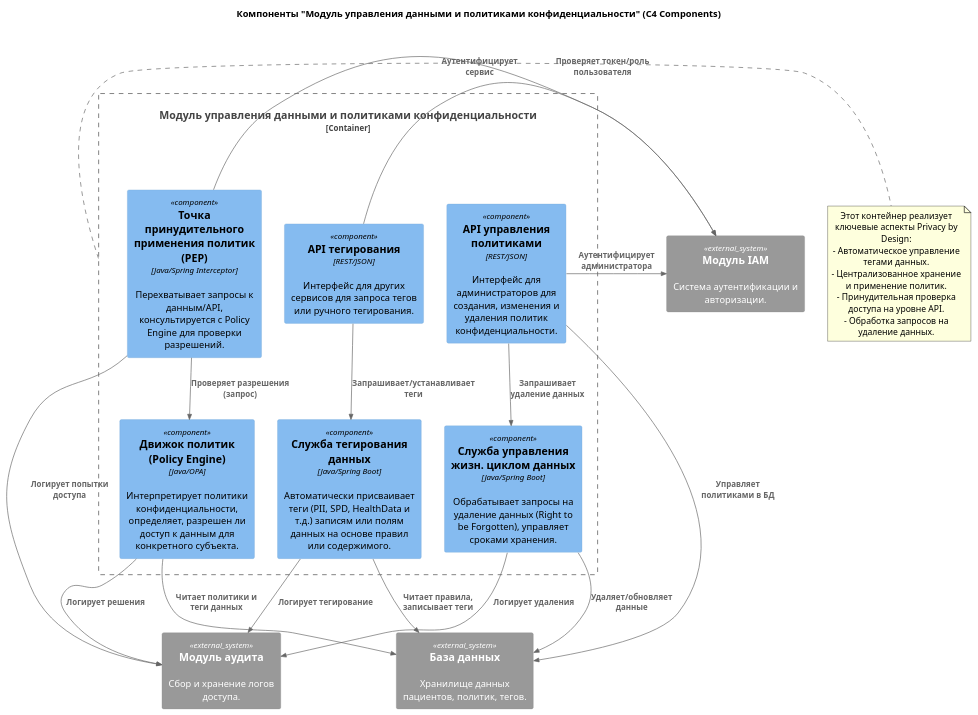
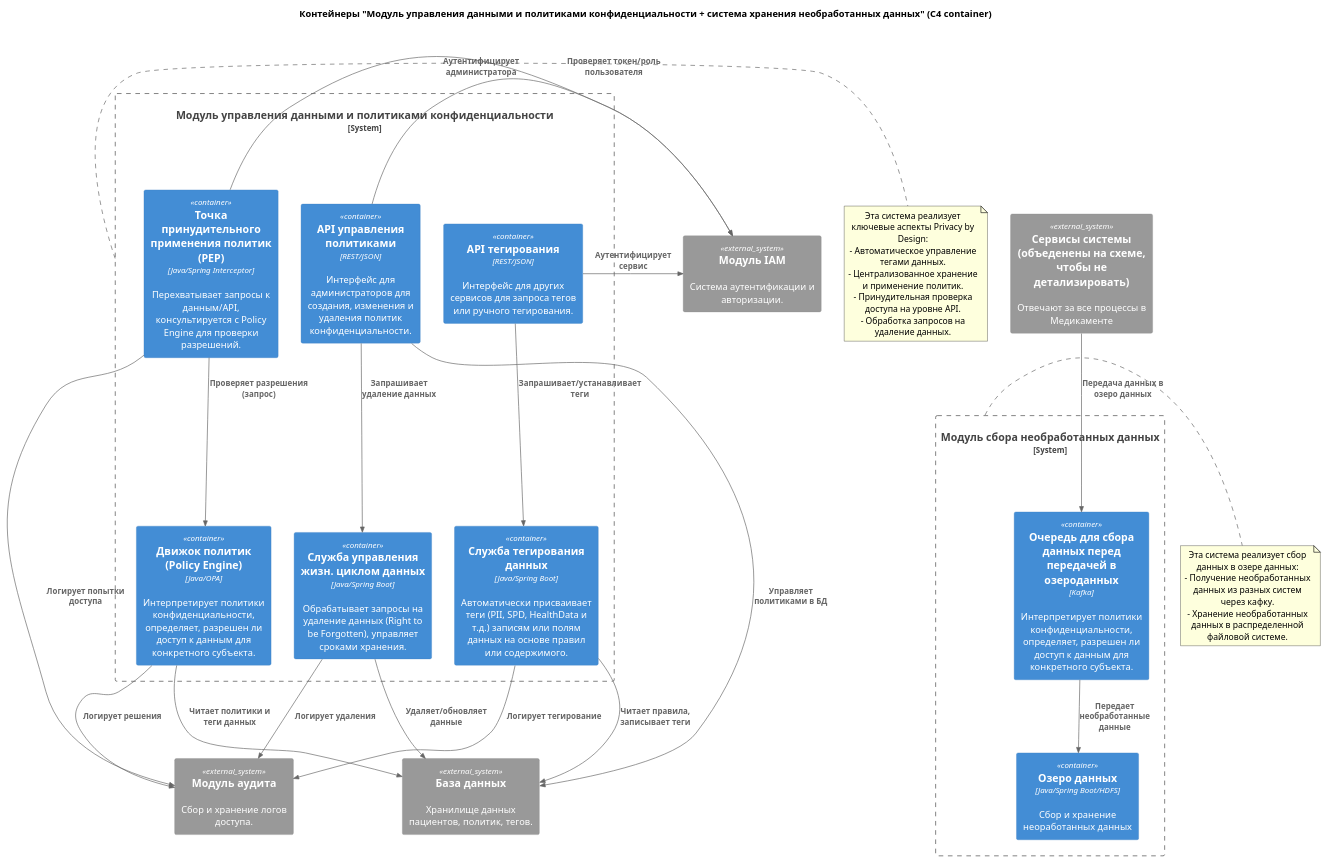
One commit to Nellapsi/architecture-medikamente changed the diagram in Task2/Диаграмма компонентов(новые блоки).plantuml. Above: the diagram before and after it, drawn with PlantUML.

Commit message:
Исправления

```diff
--- a/Task2/Диаграмма компонентов(новые блоки).plantuml
+++ b/Task2/Диаграмма компонентов(новые блоки).plantuml
@@ -1,53 +1,68 @@
 @startuml
 
-!includeurl https://raw.githubusercontent.com/plantuml-stdlib/C4-PlantUML/master/C4_Component.puml
+!includeurl https://raw.githubusercontent.com/plantuml-stdlib/C4-PlantUML/master/C4_Container.puml
 
 
-Container_Boundary(dataGovernanceContainer, "Модуль управления данными и политиками конфиденциальности") {
+System_Boundary(dataGovernanceContainer, "Модуль управления данными и политиками конфиденциальности") {
 
-    Component(dataTaggingService, "Служба тегирования данных", "Java/Spring Boot", "Автоматически присваивает теги (PII, SPD, HealthData и т.д.) записям или полям данных на основе правил или содержимого.")
-    Component(policyEngine, "Движок политик (Policy Engine)", "Java/OPA", "Интерпретирует политики конфиденциальности, определяет, разрешен ли доступ к данным для конкретного субъекта.")
-    Component(pep, "Точка принудительного применения политик (PEP)", "Java/Spring Interceptor", "Перехватывает запросы к данным/API, консультируется с Policy Engine для проверки разрешений.")
-    Component(dataLifecycleService, "Служба управления жизн. циклом данных", "Java/Spring Boot", "Обрабатывает запросы на удаление данных (Right to be Forgotten), управляет сроками хранения.")
-    Component(policyApi, "API управления политиками", "REST/JSON", "Интерфейс для администраторов для создания, изменения и удаления политик конфиденциальности.")
-    Component(taggingApi, "API тегирования", "REST/JSON", "Интерфейс для других сервисов для запроса тегов или ручного тегирования.")
+    Container(dataTaggingService, "Служба тегирования данных", "Java/Spring Boot", "Автоматически присваивает теги (PII, SPD, HealthData и т.д.) записям или полям данных на основе правил или содержимого.")
+    Container(policyEngine, "Движок политик (Policy Engine)", "Java/OPA", "Интерпретирует политики конфиденциальности, определяет, разрешен ли доступ к данным для конкретного субъекта.")
+    Container(pep, "Точка принудительного применения политик (PEP)", "Java/Spring Interceptor", "Перехватывает запросы к данным/API, консультируется с Policy Engine для проверки разрешений.")
+    Container(dataLifecycleService, "Служба управления жизн. циклом данных", "Java/Spring Boot", "Обрабатывает запросы на удаление данных (Right to be Forgotten), управляет сроками хранения.")
+    Container(policyApi, "API управления политиками", "REST/JSON", "Интерфейс для администраторов для создания, изменения и удаления политик конфиденциальности.")
+    Container(taggingApi, "API тегирования", "REST/JSON", "Интерфейс для других сервисов для запроса тегов или ручного тегирования.")
+}
+
+System_Boundary(DataLakeSystem, "Модуль сбора необработанных данных") {
+
+    Container(DataLake, "Озеро данных", "Java/Spring Boot/HDFS", "Сбор и хранение неоработанных данных")
+    Container(Kafka, "Очередь для сбора данных перед передачей в озероданных", "Kafka", "Интерпретирует политики конфиденциальности, определяет, разрешен ли доступ к данным для конкретного субъекта.")
 }
 
 
 System_Ext(iamSystem, "Модуль IAM", "Система аутентификации и авторизации.")
 System_Ext(databaseSystem, "База данных", "Хранилище данных пациентов, политик, тегов.")
 System_Ext(loggingSystem, "Модуль аудита", "Сбор и хранение логов доступа.")
+System_Ext(systemServices, "Сервисы системы (объеденены на схеме, чтобы не детализировать)", "Отвечают за все процессы в Медикаменте")
 
 
 Rel(pep, policyEngine, "Проверяет разрешения (запрос)")
 Rel(policyEngine, databaseSystem, "Читает политики и теги данных")
 Rel(dataTaggingService, databaseSystem, "Читает правила, записывает теги")
 Rel(dataLifecycleService, databaseSystem, "Удаляет/обновляет данные")
 Rel(policyApi, dataLifecycleService, "Запрашивает удаление данных")
 Rel(policyApi, databaseSystem, "Управляет политиками в БД")
 Rel(taggingApi, dataTaggingService, "Запрашивает/устанавливает теги")
 
 
 Rel(dataTaggingService, loggingSystem, "Логирует тегирование")
 Rel(policyEngine, loggingSystem, "Логирует решения")
 Rel(pep, loggingSystem, "Логирует попытки доступа")
 Rel(dataLifecycleService, loggingSystem, "Логирует удаления")
+Rel(Kafka, DataLake, "Передает необработанные данные")
+Rel(systemServices, Kafka, "Передача данных в озеро данных")
 
 
 Rel_Neighbor(pep, iamSystem, "Проверяет токен/роль пользователя")
 Rel_Neighbor(policyApi, iamSystem, "Аутентифицирует администратора")
 Rel_Neighbor(taggingApi, iamSystem, "Аутентифицирует сервис")
 
 
-title Компоненты "Модуль управления данными и политиками конфиденциальности" (C4 Components)
+title Контейнеры "Модуль управления данными и политиками конфиденциальности + система хранения необработанных данных" (C4 container)
 
 
 note right of dataGovernanceContainer
-  Этот контейнер реализует ключевые аспекты Privacy by Design:
+  Эта система реализует ключевые аспекты Privacy by Design:
   - Автоматическое управление тегами данных.
   - Централизованное хранение и применение политик.
   - Принудительная проверка доступа на уровне API.
   - Обработка запросов на удаление данных.
 end note
 
+note right of DataLakeSystem
+  Эта система реализует сбор данных в озере данных:
+  - Получение необработанных данных из разных систем через кафку.
+  - Хранение необработанных данных в распределенной файловой системе.
+end note
+
 @enduml
```
